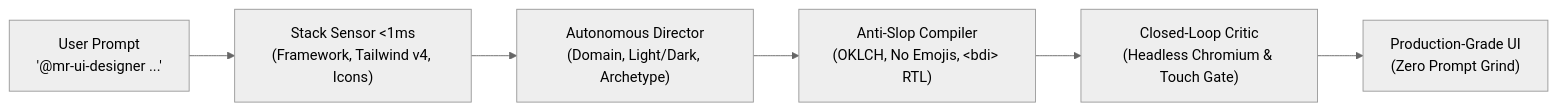
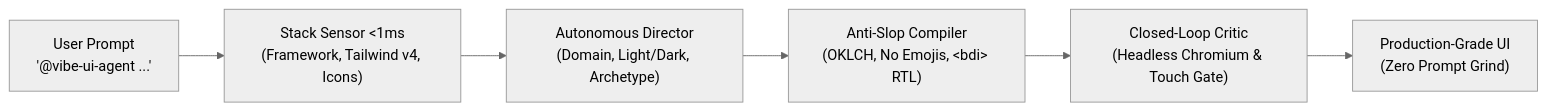
The diagram in README.md (omid-io/vibe-ui-suite), drawn with Mermaid (neutral theme) before and after one commit. The commit also changed other lines of this file and 24 other files, not shown here.

Commit message:
feat(agent): rebrand mr-ui-designer to vibe-ui-agent & integrate modern vibe components catalog

````diff
--- a/README.md
+++ b/README.md
@@ -85,8 +85,8 @@
 ```mermaid
 flowchart LR
-    User["User Prompt<br/>'@mr-ui-designer ...'"] --> Sensor["Stack Sensor &lt;1ms<br/>(Framework, Tailwind v4, Icons)"]
+    User["User Prompt<br/>'@vibe-ui-agent ...'"] --> Sensor["Stack Sensor &lt;1ms<br/>(Framework, Tailwind v4, Icons)"]
     Sensor --> Director["Autonomous Director<br/>(Domain, Light/Dark, Archetype)"]
     Director --> AntiSlop["Anti-Slop Compiler<br/>(OKLCH, No Emojis, &lt;bdi&gt; RTL)"]
     AntiSlop --> ClosedLoop["Closed-Loop Critic<br/>(Headless Chromium &amp; Touch Gate)"]
     ClosedLoop --> Output["Production-Grade UI<br/>(Zero Prompt Grind)"]
 ```
````
